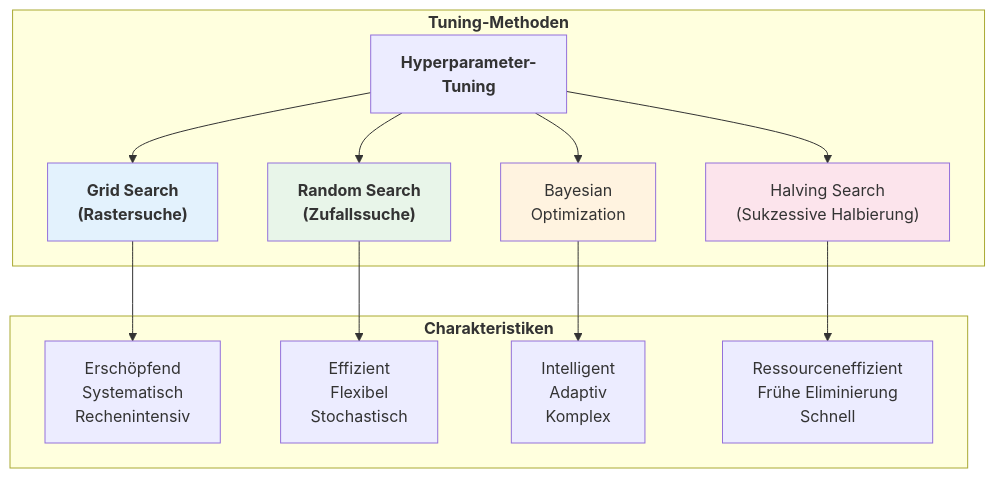
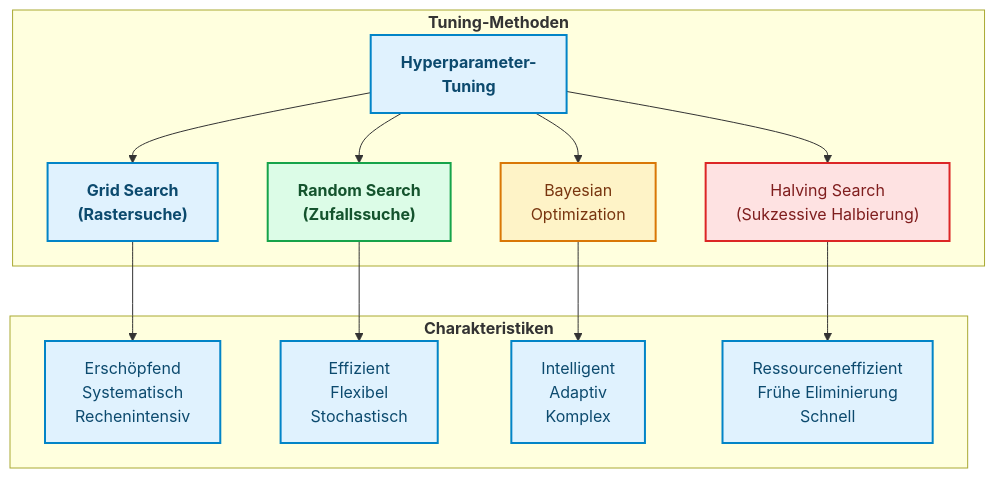
Before and after one commit to ralf-42/ML_Intro: the third of 12 diagrams in docs/concepts/evaluate/hyperparameter_tuning.md, drawn with Mermaid. The commit also changed other lines of this file and 67 other files, not shown here.

````diff
--- a/docs/concepts/evaluate/hyperparameter_tuning.md
+++ b/docs/concepts/evaluate/hyperparameter_tuning.md
@@ -142,22 +144,25 @@
 ```mermaid
 flowchart TB
     subgraph methods["<b>Tuning-Methoden"]
         M["<b>Hyperparameter-<br/>Tuning"]
         M --> GS["<b>Grid Search<br/>(Rastersuche)"]
         M --> RS["<b>Random Search<br/>(Zufallssuche)"]
         M --> BO["Bayesian<br/>Optimization"]
         M --> HA["Halving Search<br/>(Sukzessive Halbierung)"]
     end
     
     subgraph char["<b>Charakteristiken"]
         GS --> GS1["Erschöpfend<br/>Systematisch<br/>Rechenintensiv"]
         RS --> RS1["Effizient<br/>Flexibel<br/>Stochastisch"]
         BO --> BO1["Intelligent<br/>Adaptiv<br/>Komplex"]
         HA --> HA1["Ressourceneffizient<br/>Frühe Eliminierung<br/>Schnell"]
     end
-    
-    style GS fill:#e3f2fd
-    style RS fill:#e8f5e9
-    style BO fill:#fff3e0
-    style HA fill:#fce4ec
+
+    classDef default fill:#e0f2fe,stroke:#0284c7,stroke-width:2px,color:#0c4a6e;
+    classDef metric fill:#fef3c7,stroke:#d97706,stroke-width:2px,color:#78350f;
+    classDef output fill:#dcfce7,stroke:#16a34a,stroke-width:2px,color:#14532d;
+    classDef stop fill:#fee2e2,stroke:#dc2626,stroke-width:2px,color:#7f1d1d;
+    class BO metric;
+    class RS output;
+    class HA stop;
 ```
````
